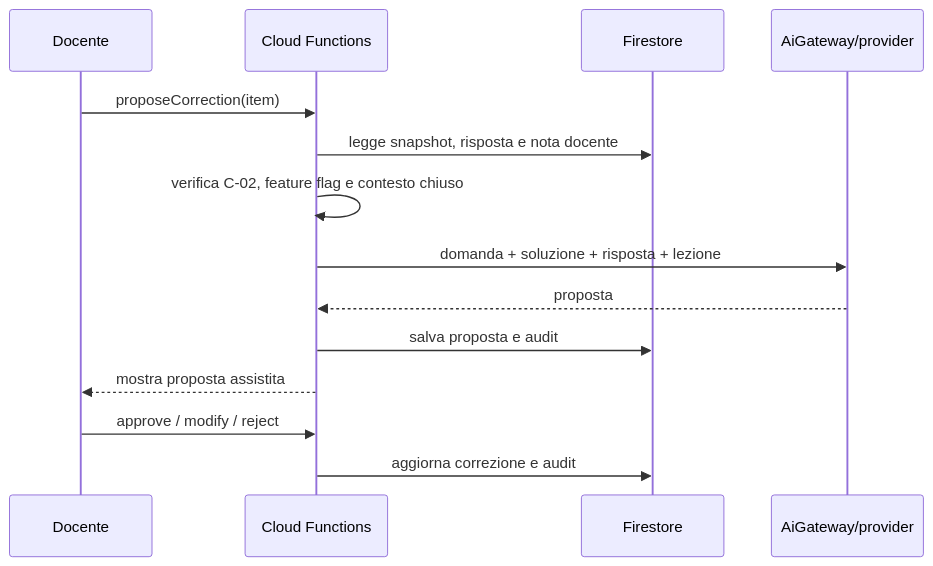
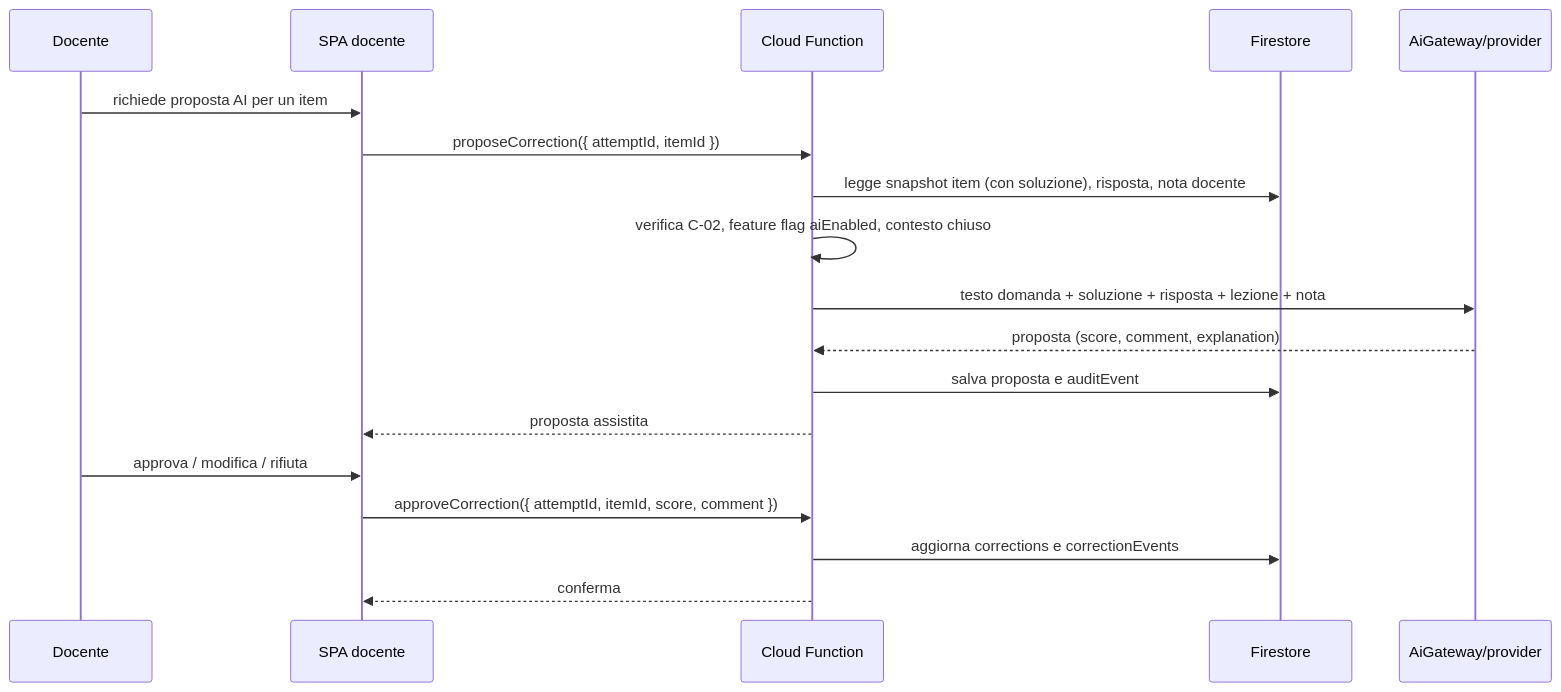
Before and after one commit to EnricoPaparo/SchoolForge: the diagram in documentazione/diagrammi/sequence-correzione-ai.md, drawn with Mermaid. The commit also changed other lines of this file and 14 other files, not shown here.

````diff
--- a/documentazione/diagrammi/sequence-correzione-ai.md
+++ b/documentazione/diagrammi/sequence-correzione-ai.md
@@ -3,18 +3,22 @@
 ```mermaid
 sequenceDiagram
     participant D as Docente
-    participant B as Cloud Functions
+    participant SPA as SPA docente
+    participant CF as Cloud Function
     participant F as Firestore
     participant A as AiGateway/provider
 
-    D->>B: proposeCorrection(item)
-    B->>F: legge snapshot, risposta e nota docente
-    B->>B: verifica C-02, feature flag e contesto chiuso
-    B->>A: domanda + soluzione + risposta + lezione
-    A-->>B: proposta
-    B->>F: salva proposta e audit
-    B-->>D: mostra proposta assistita
+    D->>SPA: richiede proposta AI per un item
+    SPA->>CF: proposeCorrection({ attemptId, itemId })
+    CF->>F: legge snapshot item (con soluzione), risposta, nota docente
+    CF->>CF: verifica C-02, feature flag aiEnabled, contesto chiuso
+    CF->>A: testo domanda + soluzione + risposta + lezione + nota
+    A-->>CF: proposta (score, comment, explanation)
+    CF->>F: salva proposta e auditEvent
+    CF-->>SPA: proposta assistita
 
-    D->>B: approve / modify / reject
-    B->>F: aggiorna correzione e audit
+    D->>SPA: approva / modifica / rifiuta
+    SPA->>CF: approveCorrection({ attemptId, itemId, score, comment })
+    CF->>F: aggiorna corrections e correctionEvents
+    CF-->>SPA: conferma
 ```
````
